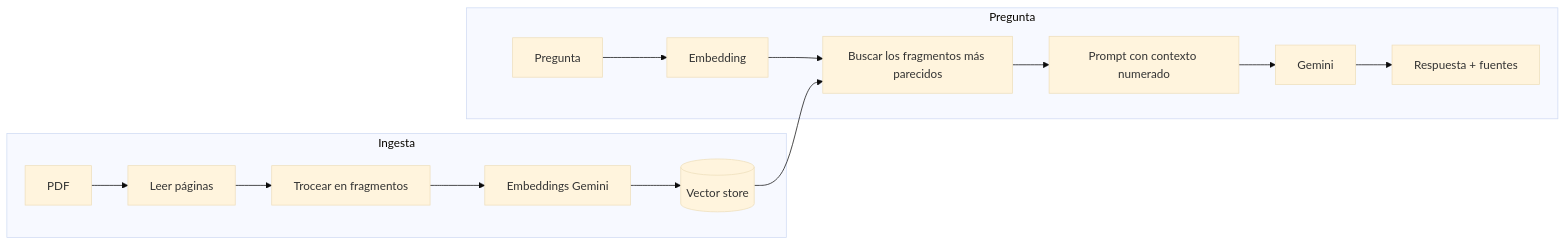
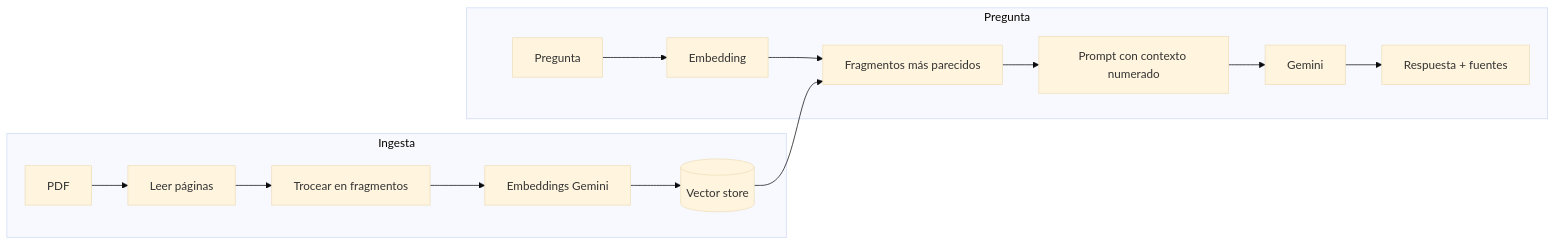
One commit to kreatimes/docuchat changed the diagram in README.md. Above: the diagram before and after it, drawn with Mermaid (base theme). The commit also changed other lines of this file and 44 other files, not shown here.

````diff
--- a/README.md
+++ b/README.md
@@ -11,11 +35,11 @@
 ```mermaid
 flowchart LR
     subgraph Ingesta
         PDF[PDF] --> R[Leer páginas] --> S[Trocear en fragmentos] --> E[Embeddings Gemini] --> V[(Vector store)]
     end
     subgraph Pregunta
-        Q[Pregunta] --> QE[Embedding] --> B[Buscar los fragmentos más parecidos]
+        Q[Pregunta] --> QE[Embedding] --> B[Fragmentos más parecidos]
         V --> B
         B --> P[Prompt con contexto numerado] --> G[Gemini] --> A[Respuesta + fuentes]
     end
 ```
````
